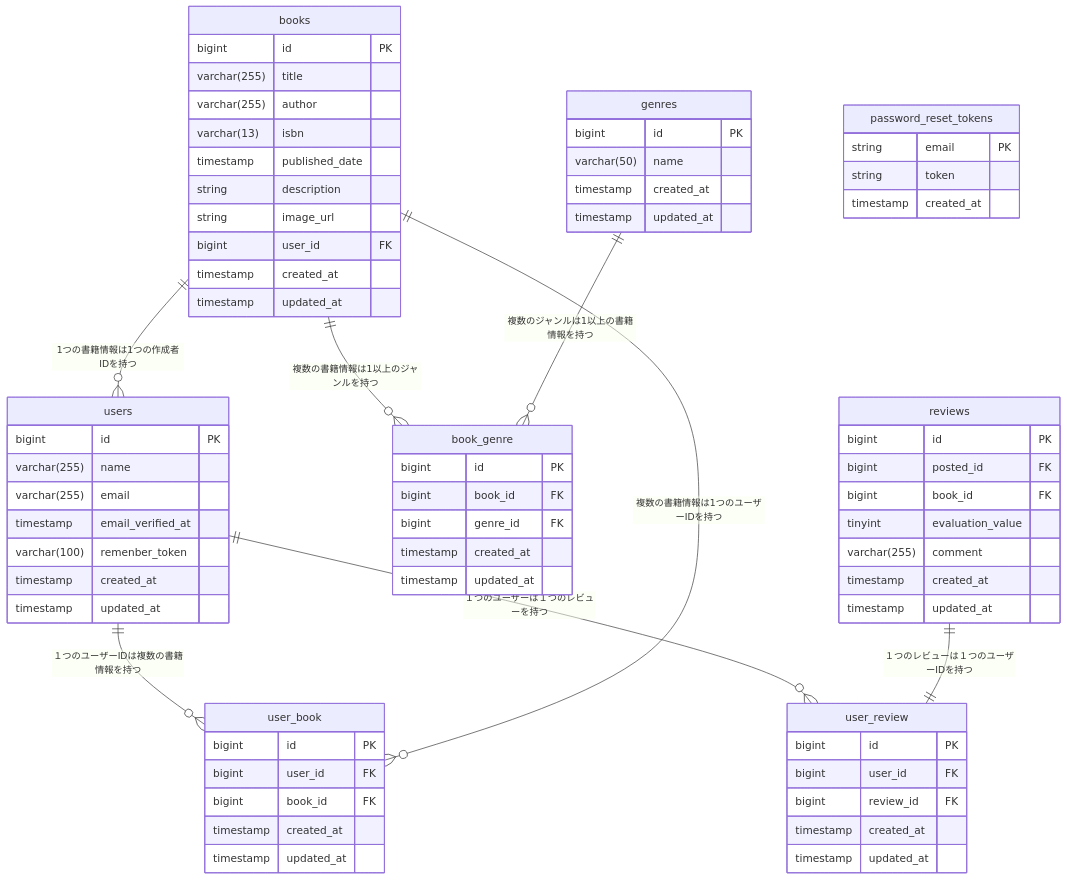
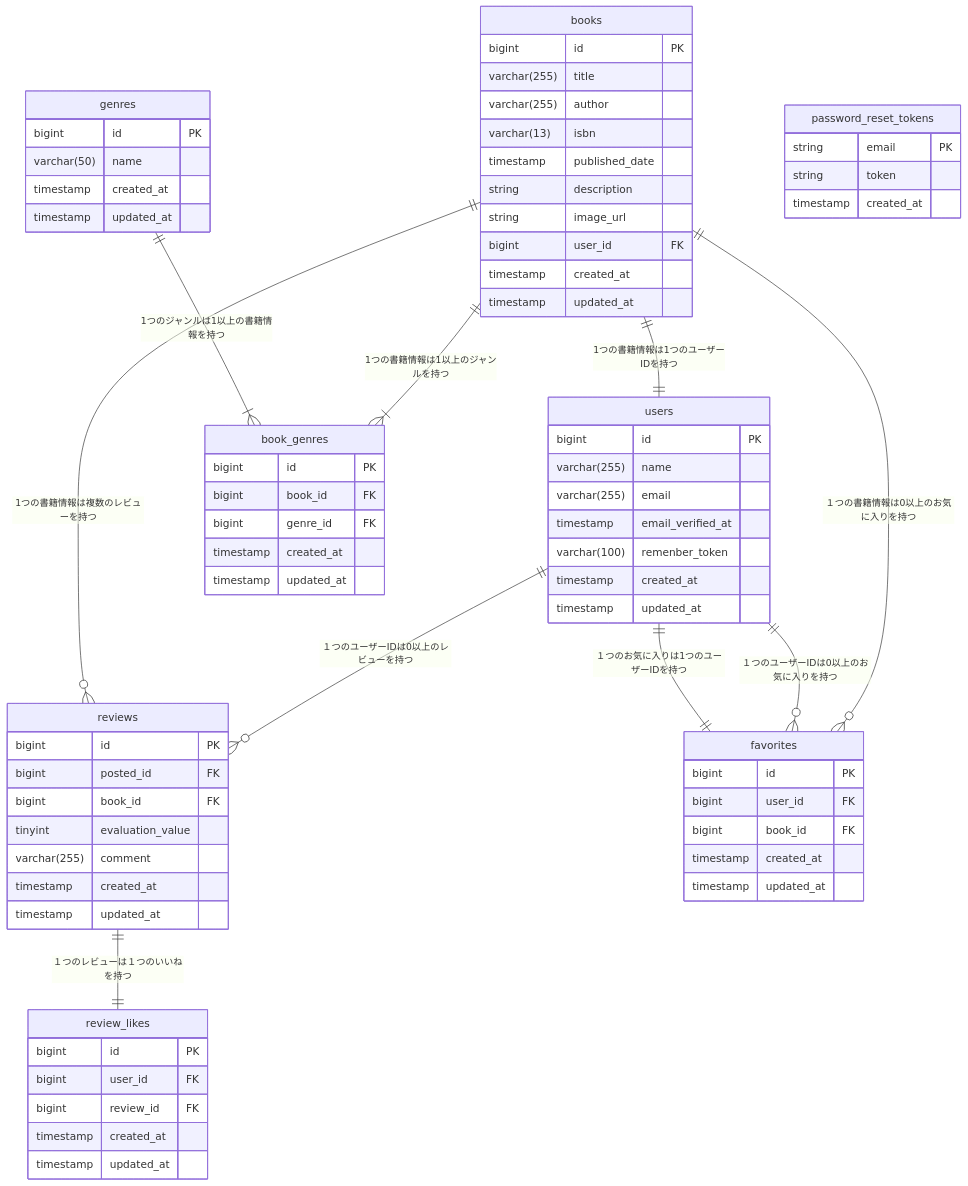
Before and after one commit to fm5889rx/BookShelf-app: the diagram in ER-Diagram.md, drawn with Mermaid. The commit also changed 8 other files, not shown here.

````diff
--- a/ER-Diagram.md
+++ b/ER-Diagram.md
@@ -1,81 +1,83 @@
 ```mermaid
 erDiagram
-  books ||--o{ users : "1つの書籍情報は1つの作成者IDを持つ"
-  books ||--o{ book_genre : "複数の書籍情報は1以上のジャンルを持つ"
-  genres ||--o{ book_genre : "複数のジャンルは1以上の書籍情報を持つ"
-  users ||--o{ user_book : "１つのユーザーIDは複数の書籍情報を持つ"
-  books ||--o{ user_book : "複数の書籍情報は1つのユーザーIDを持つ"
-  users ||--o{ user_review : "１つのユーザーは１つのレビューを持つ"
-  reviews ||--|| user_review : "１つのレビューは１つのユーザーIDを持つ"
+  books ||--|| users : "1つの書籍情報は1つのユーザーIDを持つ"
+  books ||--|{ book_genres : "1つの書籍情報は1以上のジャンルを持つ"
+  genres ||--|{ book_genres : "1つのジャンルは1以上の書籍情報を持つ"
+  users ||--o{ reviews : "１つのユーザーIDは0以上のレビューを持つ"
+  books ||--o{ favorites : "１つの書籍情報は0以上のお気に入りを持つ"
+  users ||--o{ favorites : "１つのユーザーIDは0以上のお気に入りを持つ"
+  favorites ||--|| users : "１つのお気に入りは1つのユーザーIDを持つ"
+  reviews ||--|| review_likes : "１つのレビューは１つのいいねを持つ"
+  books ||--o{ reviews : "1つの書籍情報は複数のレビューを持つ"
 
   users {
     bigint          id                  PK
     varchar(255)    name
     varchar(255)    email
     timestamp       email_verified_at
     varchar(100)    remenber_token
     timestamp       created_at
     timestamp       updated_at
   }
 
   books {
     bigint          id                  PK
     varchar(255)    title
     varchar(255)    author
     varchar(13)     isbn
     timestamp       published_date
     string          description
     string          image_url
     bigint          user_id             FK
     timestamp       created_at
     timestamp       updated_at
   }
 
   genres {
     bigint          id                  PK
     varchar(50)     name
     timestamp       created_at
     timestamp       updated_at
   }
 
   reviews {
     bigint          id                  PK
     bigint          posted_id           FK
     bigint          book_id             FK
     tinyint         evaluation_value
     varchar(255)    comment
     timestamp       created_at
     timestamp       updated_at
   }
 
-  book_genre {
+  book_genres {
     bigint          id                  PK
     bigint          book_id             FK
     bigint          genre_id            FK
     timestamp       created_at
     timestamp       updated_at
   }
 
-  user_book {
+  favorites {
     bigint          id                  PK
     bigint          user_id             FK
     bigint          book_id             FK
     timestamp       created_at
     timestamp       updated_at
   }
 
-  user_review {
+  review_likes {
     bigint          id                  PK
     bigint          user_id             FK
     bigint          review_id           FK
     timestamp       created_at
     timestamp       updated_at
   }
 
   password_reset_tokens {
     string          email               PK
     string          token
     timestamp       created_at
   }
 
 ```
````
